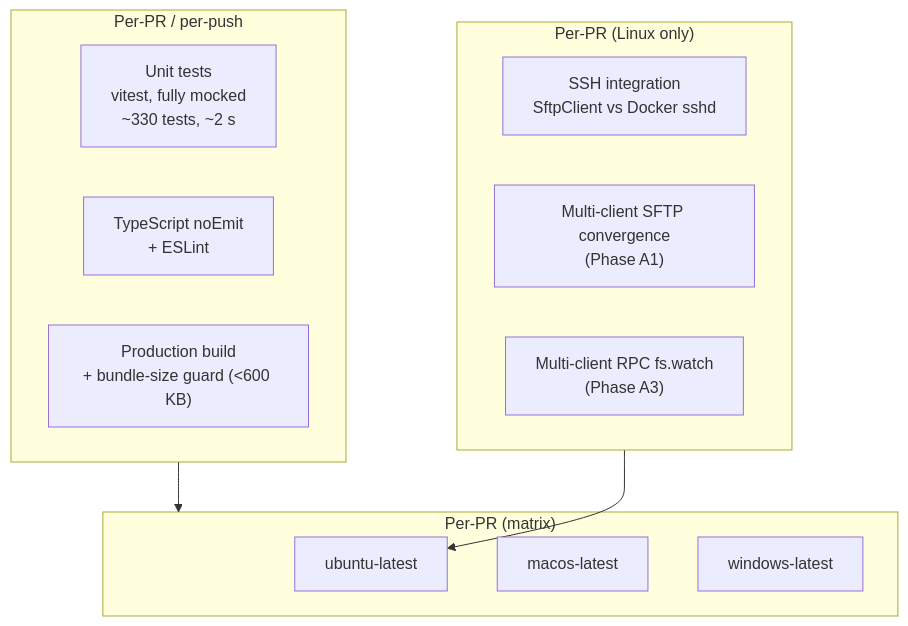
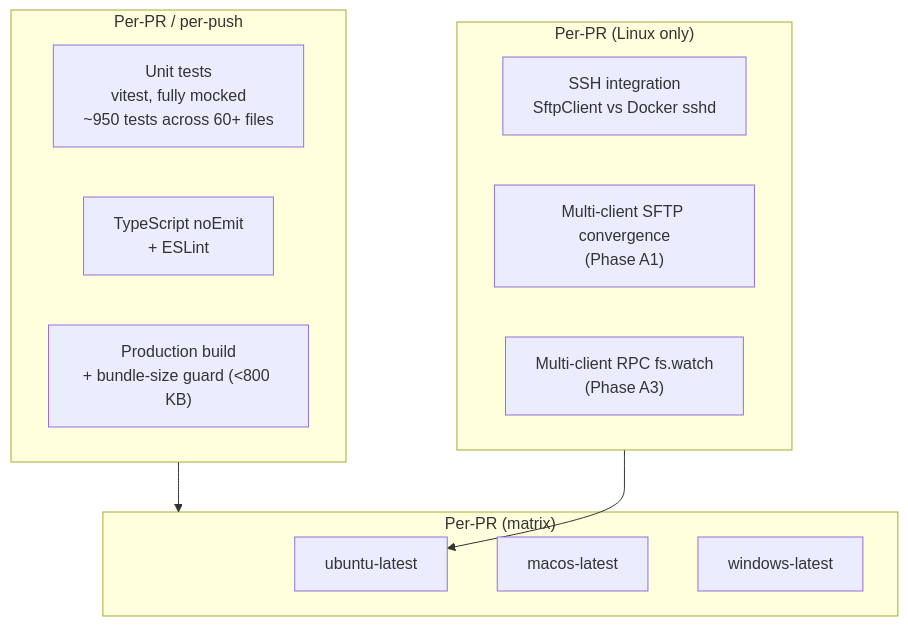
The first of 3 diagrams in docs/en/contributing/testing-strategy.md (lalate/obsidian-remote-ssh-gemini), drawn with Mermaid before and after one commit. The commit also changed 1 other file, not shown here.

Commit message:
fix(docs): un-stale 600 KB / 330-test claims in migrated docs
Pass-2 review caught two threshold claims in the migrated architecture/
contributing docs that drifted from reality:

- Bundle-size guard cited as <600 KB in two places — actual is 800 KB
  (raised in #149 to absorb bundled xterm.js + addon-fit). Fixed in
  testing-strategy.md mermaid + perf.md prose.
- "~330 unit tests" cited in testing-strategy.md mermaid — actual is
  ~947 tests across 60+ files (3x undercount). Updated to "~950 tests
  across 60+ files" — close enough to reality without anchoring on a
  number that drifts every PR.

````diff
--- a/docs/en/contributing/testing-strategy.md
+++ b/docs/en/contributing/testing-strategy.md
@@ -17,20 +17,20 @@
 ```mermaid
 flowchart TB
     subgraph Local["Per-PR / per-push"]
-        unit["Unit tests<br/>vitest, fully mocked<br/>~330 tests, ~2 s"]
+        unit["Unit tests<br/>vitest, fully mocked<br/>~950 tests across 60+ files"]
         types["TypeScript noEmit<br/>+ ESLint"]
-        bundle["Production build<br/>+ bundle-size guard (<600 KB)"]
+        bundle["Production build<br/>+ bundle-size guard (<800 KB)"]
     end
     subgraph Container["Per-PR (Linux only)"]
         sftp_int["SSH integration<br/>SftpClient vs Docker sshd"]
         mc_sftp["Multi-client SFTP convergence<br/>(Phase A1)"]
         mc_rpc["Multi-client RPC fs.watch<br/>(Phase A3)"]
     end
     subgraph Matrix["Per-PR (matrix)"]
         ubuntu["ubuntu-latest"]
         macos["macos-latest"]
         windows["windows-latest"]
     end
     Local --> Matrix
     Container --> ubuntu
 ```
````
